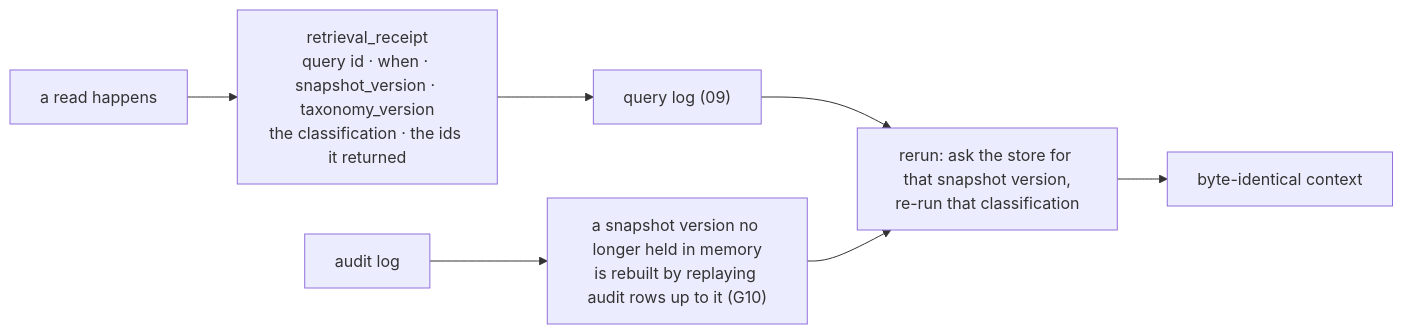
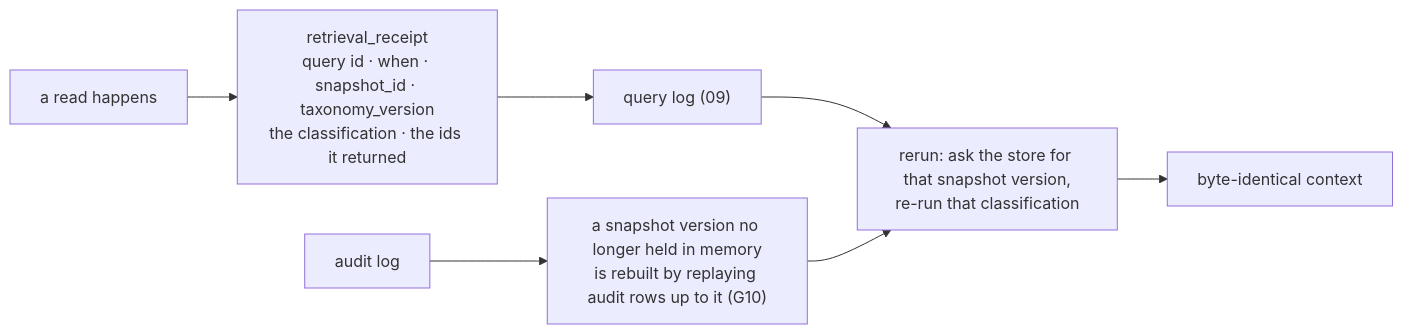
One commit to Debith/pygim changed the fourth of 9 diagrams in docs/design/memory/01_domain_model.md. Above: the diagram before and after it, drawn with Mermaid. The commit also changed other lines of this file and 6 other files, not shown here.

First line of the commit message:
Docs/memory: taxonomy and sources, store, index and retrieval

````diff
--- a/docs/design/memory/01_domain_model.md
+++ b/docs/design/memory/01_domain_model.md
@@ -231,8 +238,8 @@
 ```mermaid
 flowchart LR
-    q["a read happens"] --> r["retrieval_receipt<br/>query id · when · snapshot_version · taxonomy_version<br/>the classification · the ids it returned"]
+    q["a read happens"] --> r["retrieval_receipt<br/>query id · when · snapshot_id · taxonomy_version<br/>the classification · the ids it returned"]
     r --> log["query log (09)"]
     log --> replay["rerun: ask the store for that snapshot version,<br/>re-run that classification"]
     replay --> same["byte-identical context"]
     audit["audit log"] --> rebuild["a snapshot version no longer held in memory<br/>is rebuilt by replaying audit rows up to it (G10)"] --> replay
 ```
````
